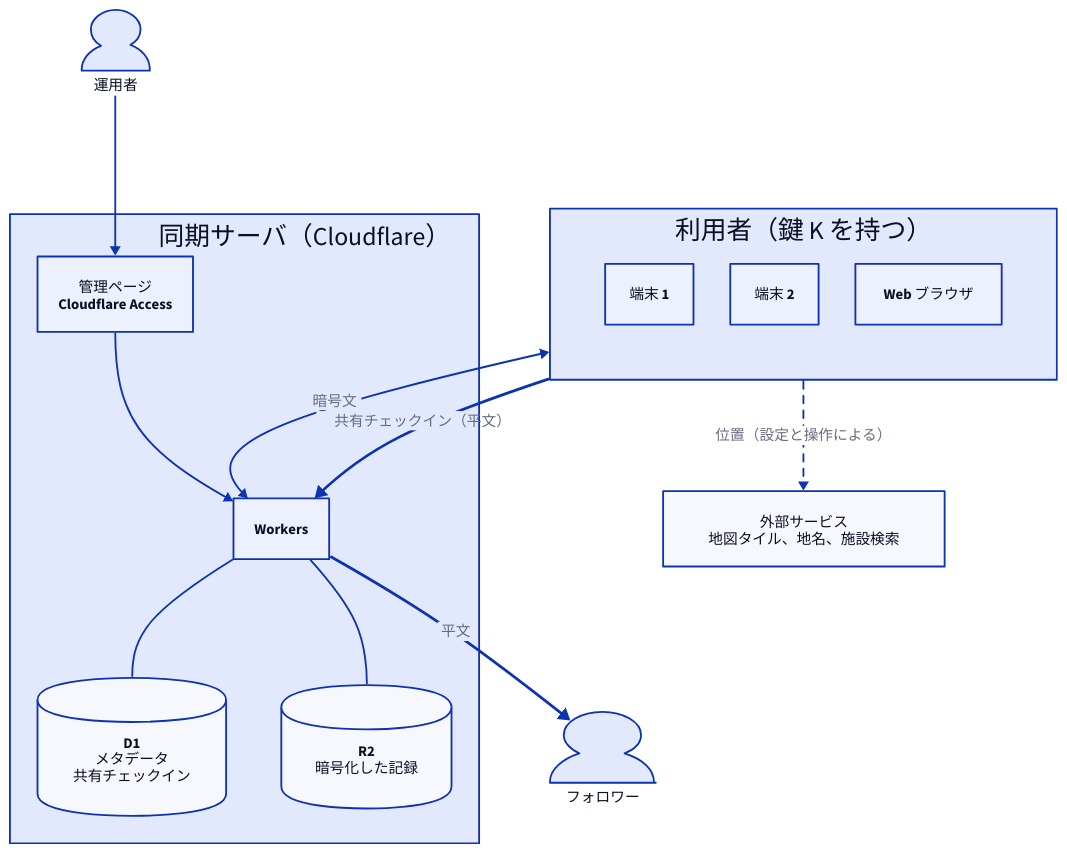
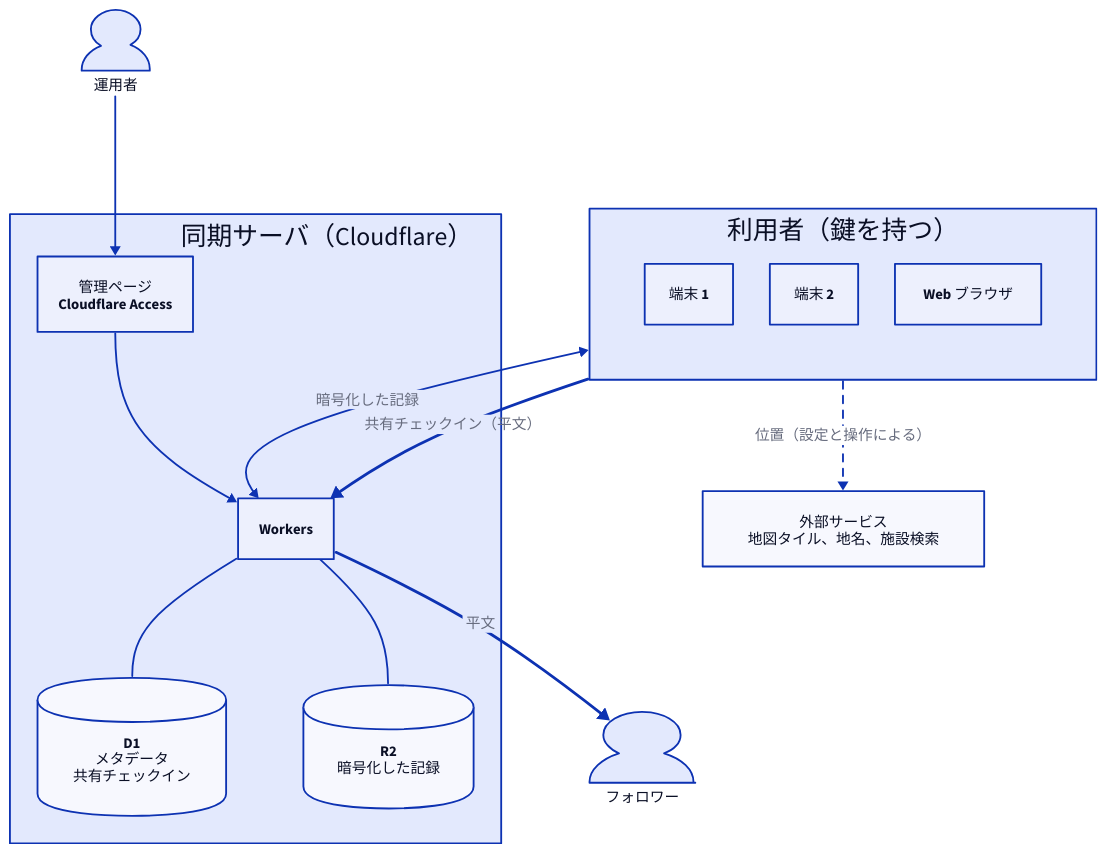
The diagram in docs/diagrams/overview-architecture.d2 (sksat/ashidori), drawn with D2 before and after one commit. The commit also changed 26 other files, not shown here.

```diff
--- a/docs/diagrams/overview-architecture.d2
+++ b/docs/diagrams/overview-architecture.d2
@@ -1,36 +1,36 @@
 # 全体像（docs/overview.md）
 # 破線は予定または条件付きの経路、太線は平文が出る経路を表す。
 direction: down
 
 classes: {
   plain: {style.stroke-width: 3}
   maybe: {style.stroke-dash: 4}
 }
 
-user: 利用者（鍵 K を持つ） {
+user: 利用者（鍵を持つ） {
   grid-rows: 1
   p1: 端末 1
   p2: 端末 2
   web: Web ブラウザ
 }
 
 server: 同期サーバ（Cloudflare） {
   label.near: top-right
   workers: Workers
   d1: "D1\nメタデータ\n共有チェックイン" {shape: cylinder}
   r2: "R2\n暗号化した記録" {shape: cylinder}
   admin: "管理ページ\nCloudflare Access"
   workers -- d1
   workers -- r2
   workers <- admin
 }
 
 ext: "外部サービス\n地図タイル、地名、施設検索"
 operator: 運用者 {shape: person}
 follower: フォロワー {shape: person}
 
-user <-> server.workers: 暗号文
+user <-> server.workers: 暗号化した記録
 user -> server.workers: 共有チェックイン（平文） {class: plain}
 server.workers -> follower: 平文 {class: plain}
 server.admin <- operator
 user -> ext: 位置（設定と操作による） {class: maybe}
```
